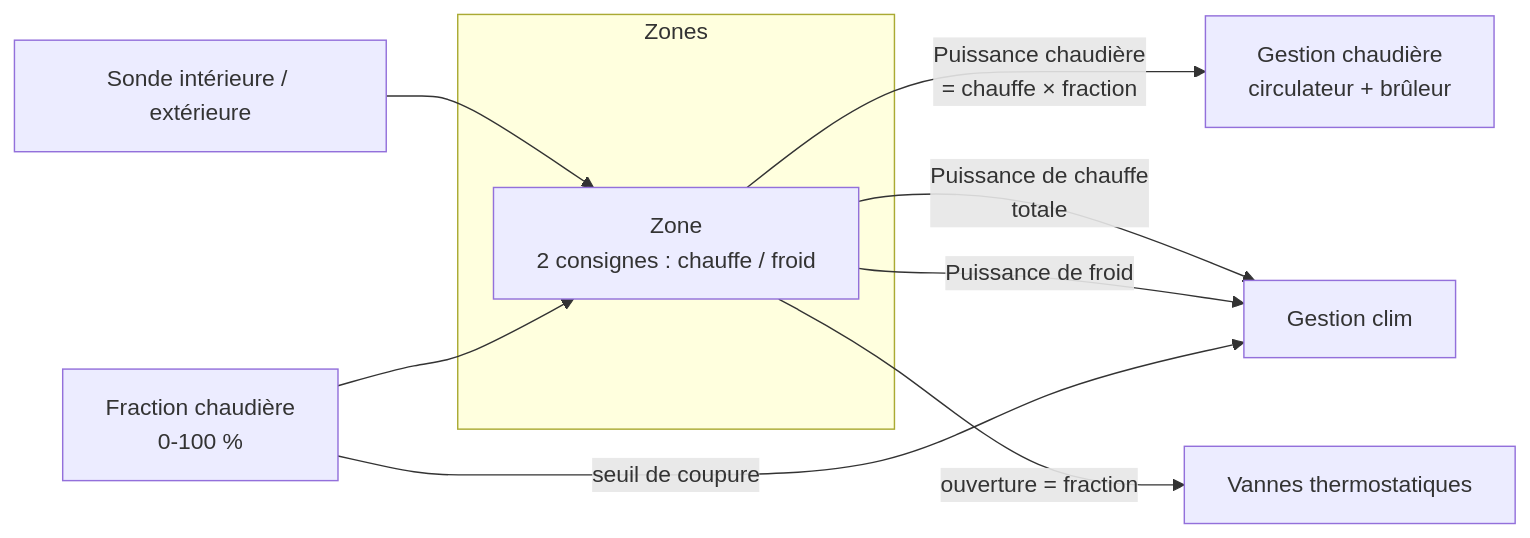
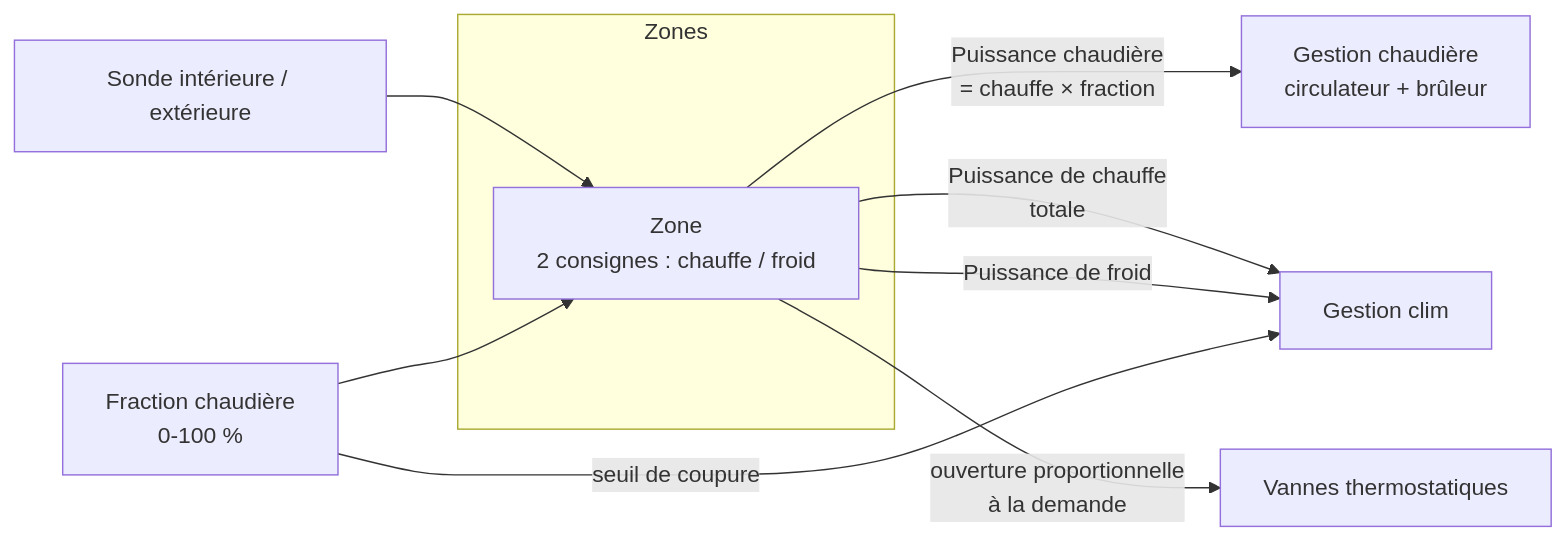
One commit to Maxime-roche/super_thermostat changed the diagram in README.md. Above: the diagram before and after it, drawn with Mermaid. The commit also changed other lines of this file and 8 other files, not shown here.

````diff
--- a/README.md
+++ b/README.md
@@ -35,13 +35,13 @@
 ```mermaid
 flowchart LR
     T[Sonde intérieure / extérieure] --> Z
     subgraph Zones
       Z[Zone<br/>2 consignes : chauffe / froid]
     end
     F[Fraction chaudière<br/>0-100 %] --> Z
     Z -- Puissance chaudière<br/>= chauffe × fraction --> B[Gestion chaudière<br/>circulateur + brûleur]
     Z -- Puissance de chauffe<br/>totale --> C[Gestion clim]
     Z -- Puissance de froid --> C
     F -- seuil de coupure --> C
-    Z -- ouverture = fraction --> V[Vannes thermostatiques]
+    Z -- ouverture proportionnelle<br/>à la demande --> V[Vannes thermostatiques]
 ```
````
